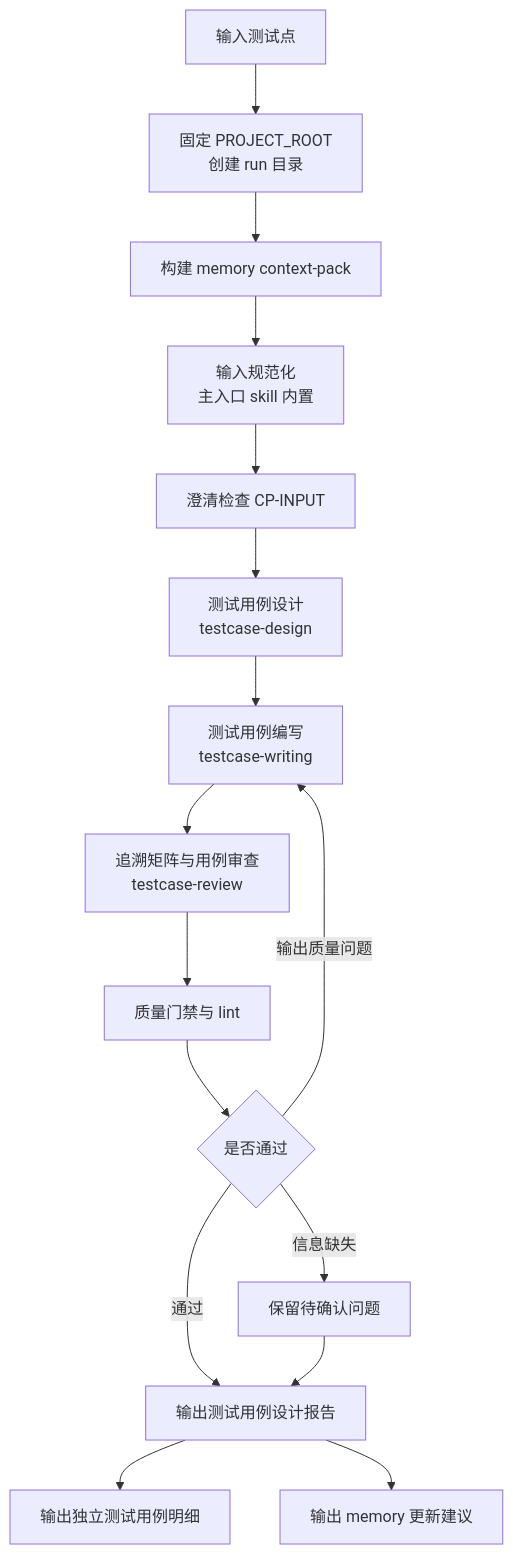
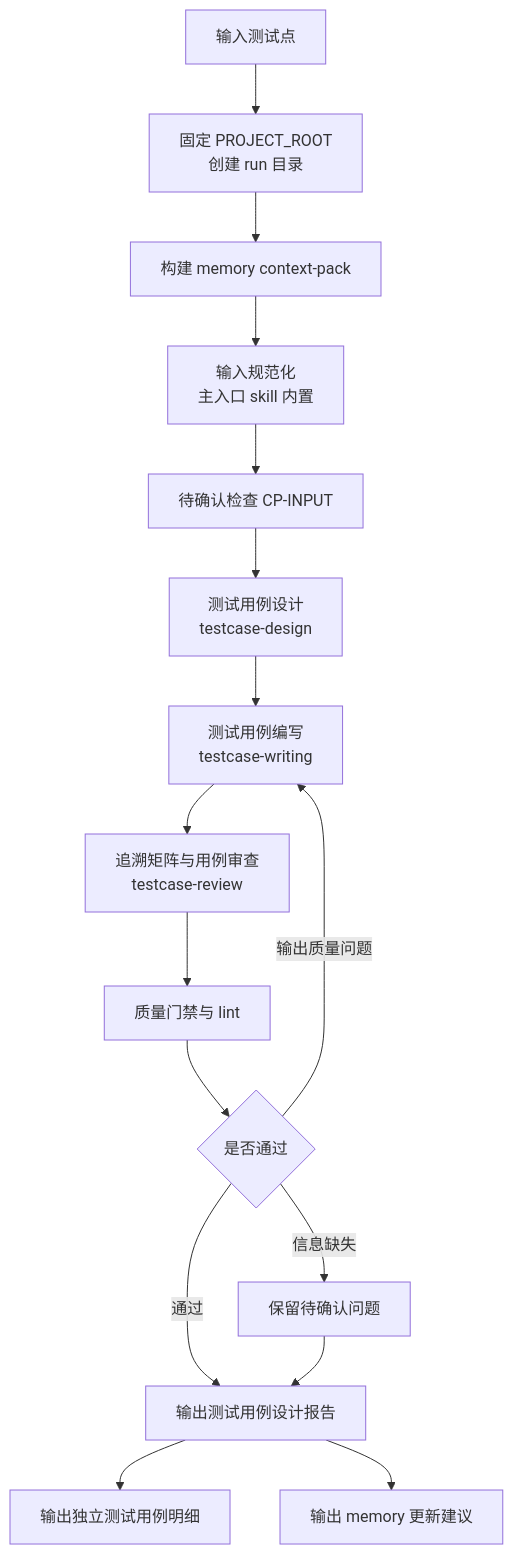
One commit to szluoqy-byte/Test-Design-Agent changed the third of 7 diagrams in docs/test-design-agent-design.md. Above: the diagram before and after it, drawn with Mermaid. The commit also changed other lines of this file and 14 other files, not shown here.

````diff
--- a/docs/test-design-agent-design.md
+++ b/docs/test-design-agent-design.md
@@ -334,18 +334,18 @@
 ```mermaid
 flowchart TD
   A["输入测试点"] --> B["固定 PROJECT_ROOT\n创建 run 目录"]
   B --> C["构建 memory context-pack"]
   C --> D["输入规范化\n主入口 skill 内置"]
-  D --> E["澄清检查 CP-INPUT"]
+  D --> E["待确认检查 CP-INPUT"]
   E --> F["测试用例设计\ntestcase-design"]
   F --> G["测试用例编写\ntestcase-writing"]
   G --> H["追溯矩阵与用例审查\ntestcase-review"]
   H --> M["质量门禁与 lint"]
   M --> N{"是否通过"}
   N -- "通过" --> O["输出测试用例设计报告"]
   N -- "输出质量问题" --> G
   N -- "信息缺失" --> P["保留待确认问题"]
   P --> O
   O --> Q["输出独立测试用例明细"]
   O --> R["输出 memory 更新建议"]
 ```
````
